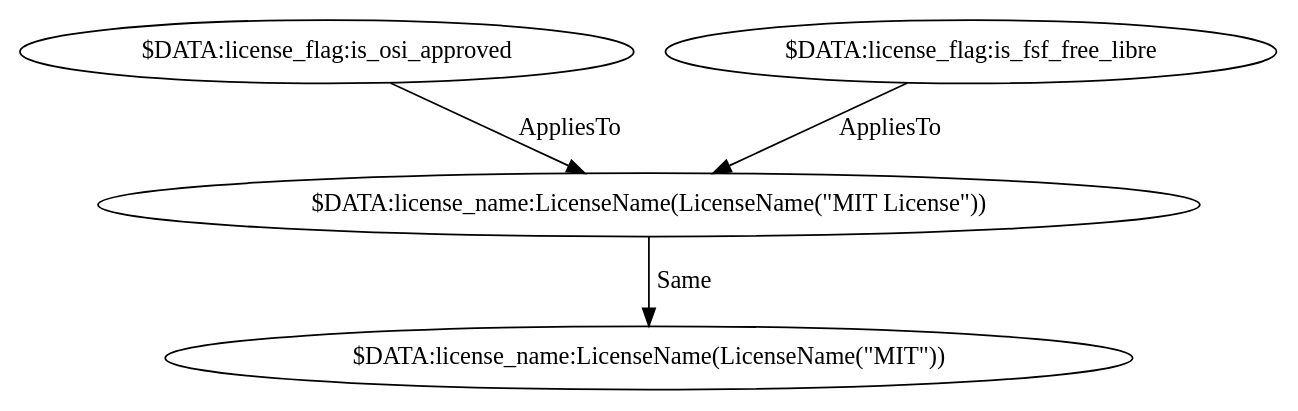
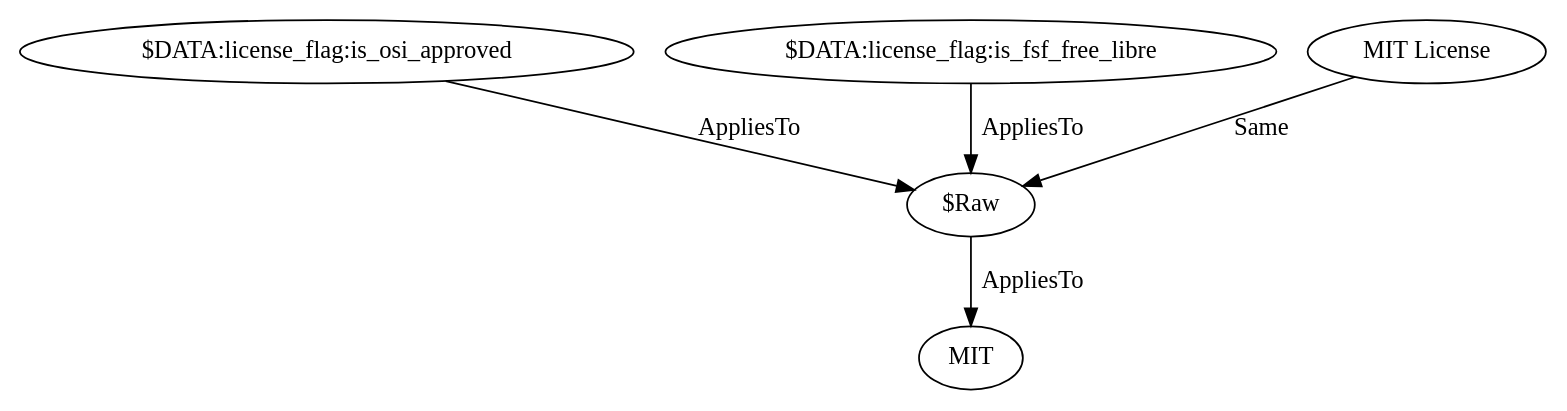
Before and after one commit to maxhbr/LDBcollector: the diagram in test_output/source_spdx/MIT.dot, drawn with Graphviz. The commit also changed 55 other files, not shown here.

```diff
--- a/test_output/source_spdx/MIT.dot
+++ b/test_output/source_spdx/MIT.dot
@@ -1,9 +1,11 @@
 digraph {
-    2 [ label = "$DATA:license_flag:is_osi_approved" ]
-    9 [ label = "$DATA:license_flag:is_fsf_free_libre" ]
-    576 [ label = "$DATA:license_name:LicenseName(LicenseName(\"MIT\"))" ]
-    577 [ label = "$DATA:license_name:LicenseName(LicenseName(\"MIT License\"))" ]
-    577 -> 576 [ label = "Same" ]
-    9 -> 577 [ label = "AppliesTo" ]
-    2 -> 577 [ label = "AppliesTo" ]
+    3 [ label = "$DATA:license_flag:is_osi_approved" ]
+    13 [ label = "$DATA:license_flag:is_fsf_free_libre" ]
+    870 [ label = "MIT" ]
+    871 [ label = "$Raw" ]
+    872 [ label = "MIT License" ]
+    871 -> 870 [ label = "AppliesTo" ]
+    872 -> 871 [ label = "Same" ]
+    13 -> 871 [ label = "AppliesTo" ]
+    3 -> 871 [ label = "AppliesTo" ]
 }
```
